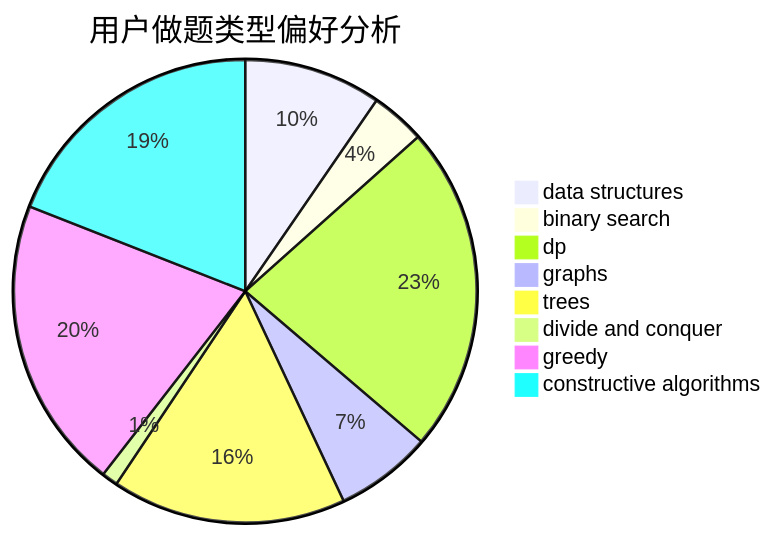
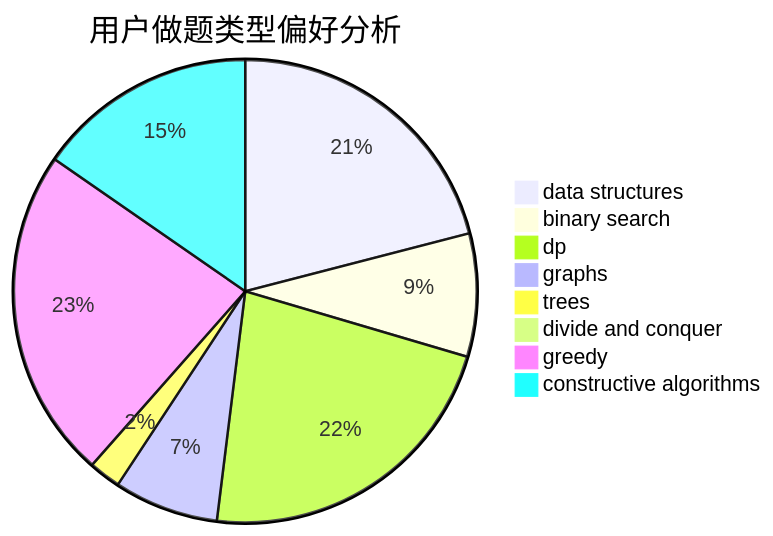
The second of 3 diagrams in docs/user/u1927.md (sherpahu/cfrs.github.io), drawn with Mermaid before and after one commit. The commit also changed other lines of this file and 2770 other files, not shown here.

````diff
--- a/docs/user/u1927.md
+++ b/docs/user/u1927.md
@@ -23,11 +23,11 @@
 ```mermaid
 pie title 用户做题类型偏好分析
-    "data structures" :  68
-    "binary search" :  27
-    "dp" :  162
-    "graphs" :  48
-    "trees" :  116
-    "divide and conquer" :  8
-    "greedy" :  145
-    "constructive algorithms" :  135
+    "data structures" :  310
+    "binary search" :  127
+    "dp" :  331
+    "graphs" :  108
+    "trees" :  33
+    "divide and conquer" :  1
+    "greedy" :  342
+    "constructive algorithms" :  227
 ```
````
